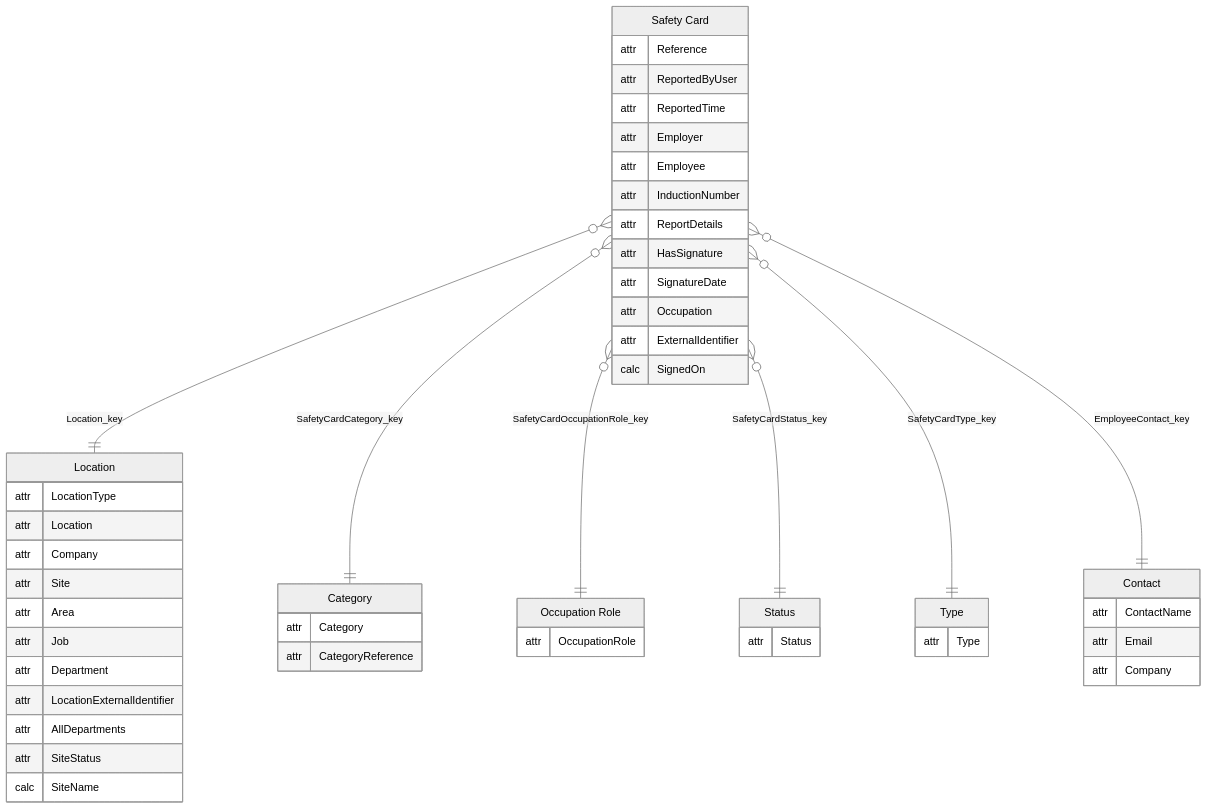
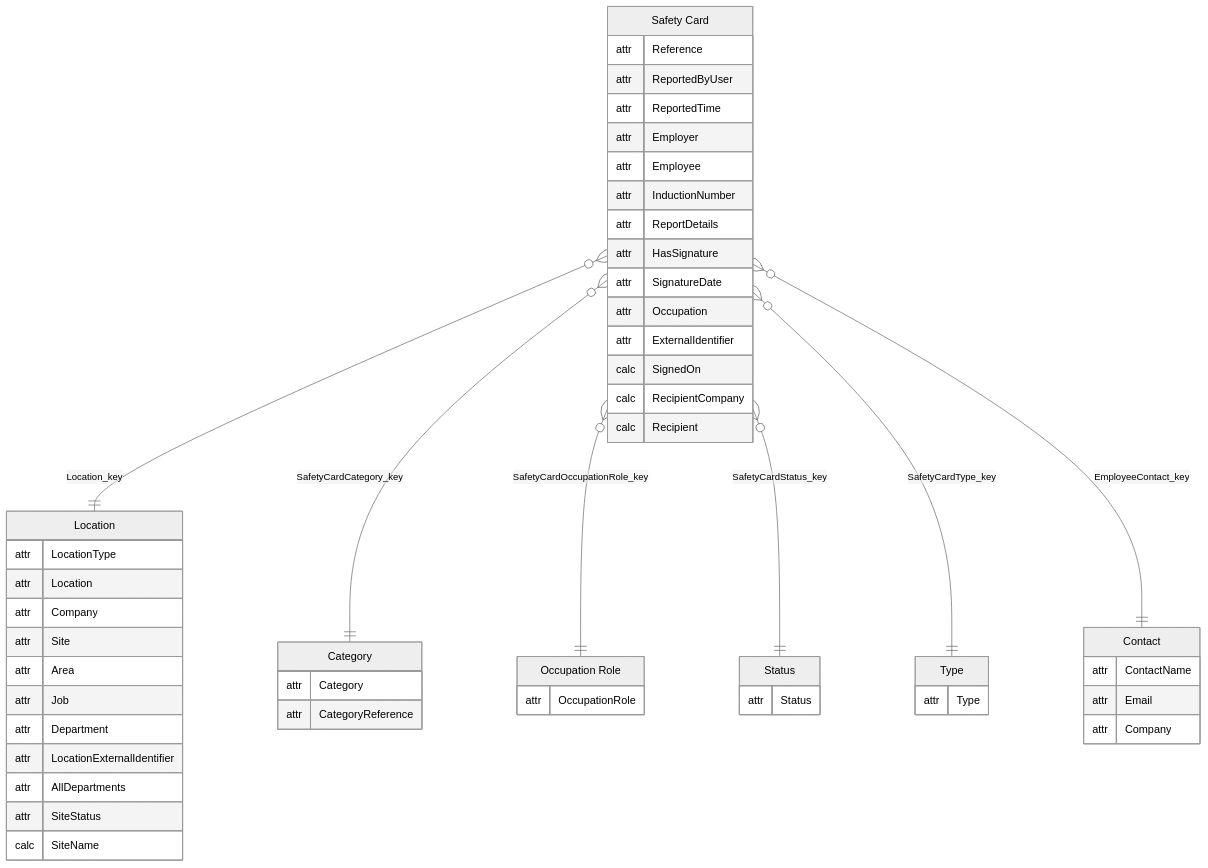
The first of 2 diagrams in PowerBISamplesModels/SafetyCards.md (adrian-work-wallet/BIClient), drawn with Mermaid before and after one commit. The commit also changed other lines of this file and 6 other files, not shown here.

````diff
--- a/PowerBISamplesModels/SafetyCards.md
+++ b/PowerBISamplesModels/SafetyCards.md
@@ -7,58 +7,60 @@
 ```mermaid
 ---
 config:
   theme: neutral
 ---
 erDiagram
     "Safety Card" {
         attr Reference
         attr ReportedByUser
         attr ReportedTime
         attr Employer
         attr Employee
         attr InductionNumber
         attr ReportDetails
         attr HasSignature
         attr SignatureDate
         attr Occupation
         attr ExternalIdentifier
         calc SignedOn
+        calc RecipientCompany
+        calc Recipient
     }
     "Location" {
         attr LocationType
         attr Location
         attr Company
         attr Site
         attr Area
         attr Job
         attr Department
         attr LocationExternalIdentifier
         attr AllDepartments
         attr SiteStatus
         calc SiteName
     }
     "Status" {
         attr Status
     }
     "Type" {
         attr Type
     }
     "Category" {
         attr Category
         attr CategoryReference
     }
     "Occupation Role" {
         attr OccupationRole
     }
     "Contact" {
         attr ContactName
         attr Email
         attr Company
     }
     "Safety Card" }o--|| "Location" : "Location_key"
     "Safety Card" }o--|| "Category" : "SafetyCardCategory_key"
     "Safety Card" }o--|| "Occupation Role" : "SafetyCardOccupationRole_key"
     "Safety Card" }o--|| "Status" : "SafetyCardStatus_key"
     "Safety Card" }o--|| "Type" : "SafetyCardType_key"
     "Safety Card" }o--|| "Contact" : "EmployeeContact_key"
 ```
````
